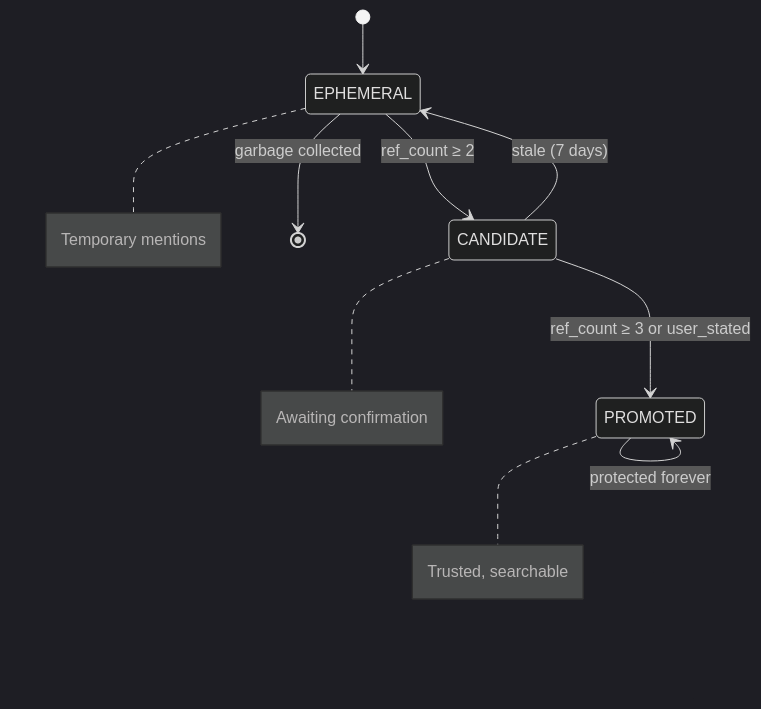
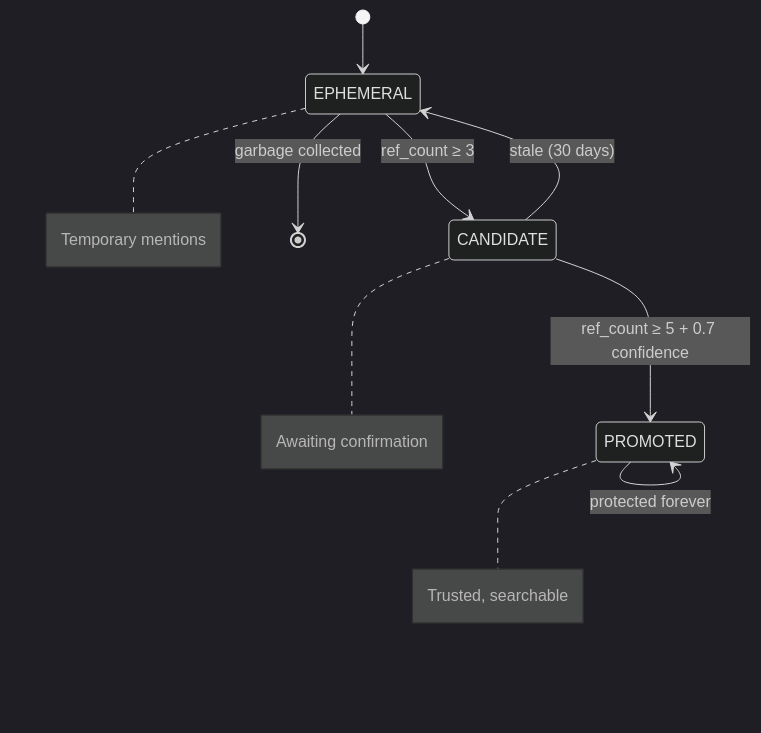
Before and after one commit to chande-dhanush/Sakura: the third of 4 diagrams in docs/DOCUMENTATION.md, drawn with Mermaid (dark theme). The commit also changed other lines of this file and 200 other files, not shown here.

````diff
--- a/docs/DOCUMENTATION.md
+++ b/docs/DOCUMENTATION.md
@@ -333,13 +342,13 @@
 ```mermaid
 stateDiagram-v2
     [*] --> EPHEMERAL
-    EPHEMERAL --> CANDIDATE : ref_count ≥ 2
+    EPHEMERAL --> CANDIDATE : ref_count ≥ 3
     EPHEMERAL --> [*] : garbage collected
-    CANDIDATE --> PROMOTED : ref_count ≥ 3 or user_stated
-    CANDIDATE --> EPHEMERAL : stale (7 days)
+    CANDIDATE --> PROMOTED : ref_count ≥ 5 + 0.7 confidence
+    CANDIDATE --> EPHEMERAL : stale (30 days)
     PROMOTED --> PROMOTED : protected forever
     
     note right of EPHEMERAL : Temporary mentions
     note right of CANDIDATE : Awaiting confirmation
     note right of PROMOTED : Trusted, searchable
 ```
````
